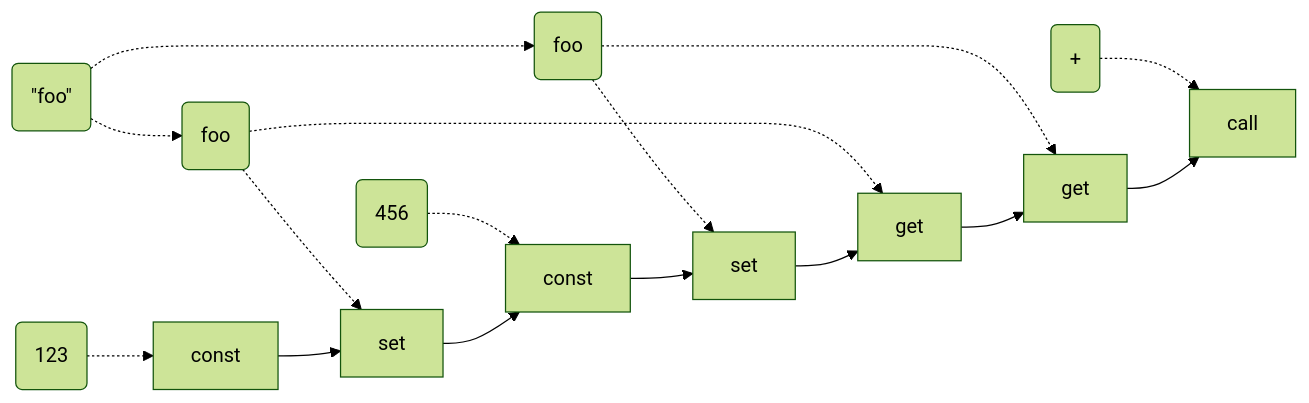
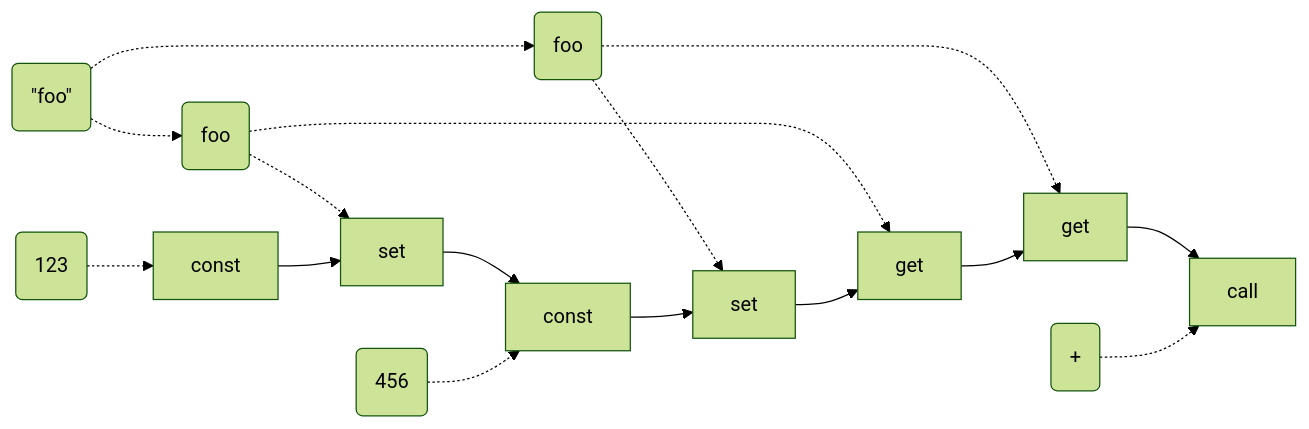
The diagram in slides/papers/stak-scheme/library-system.mmd (raviqqe/doc), drawn with Mermaid (forest theme) before and after one commit. The commit also changed other lines of this file, not shown here.

```diff
--- a/slides/papers/stak-scheme/library-system.mmd
+++ b/slides/papers/stak-scheme/library-system.mmd
@@ -1,13 +1,13 @@
 flowchart LR
-  d0(123) -.-> c0
-  d1(456) -.-> c2
   d2(#quot;foo#quot;) -.-> d3
   d2 -.-> d4
   d3(foo) -.-> c1
   d3 -.-> c4
   d4(foo) -.-> c3
   d4 -.-> c5
-  d5(+) -.-> c6
   c0[const] --> c1[set] --> c2
   c2[const] --> c3[set] --> c4
   c4[get] --> c5[get] --> c6[call]
+  d0(123) -.-> c0
+  d1(456) -.-> c2
+  d5(+) -.-> c6
```
